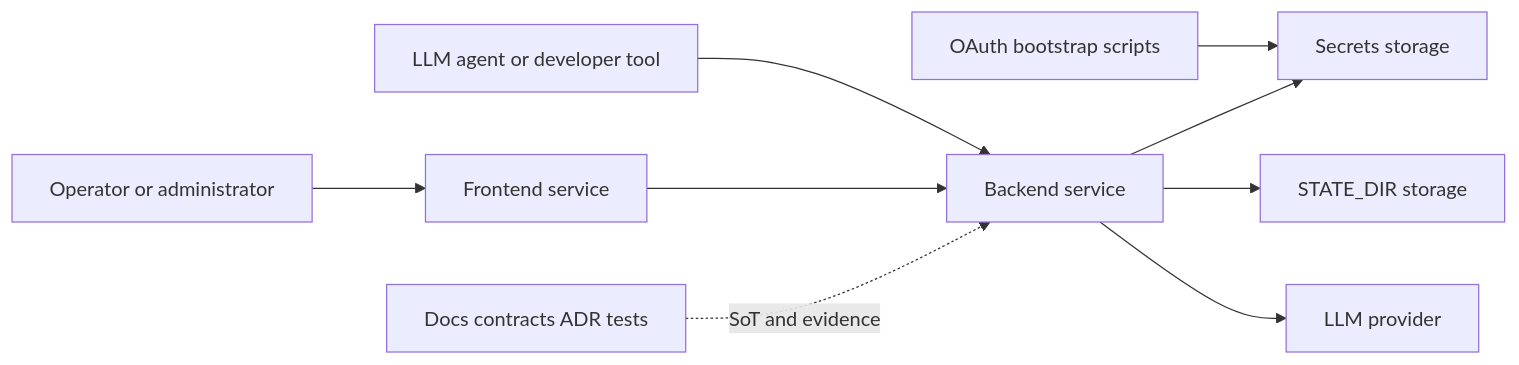
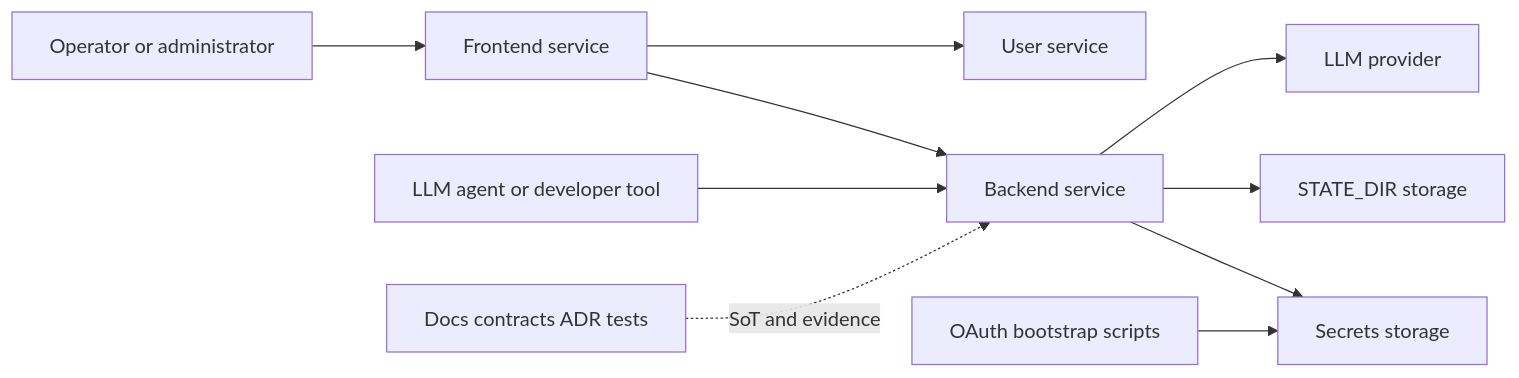
Before and after one commit to cyber-platform/llm_agent_platform: the diagram in docs/architecture/system-overview.md, drawn with Mermaid. The commit also changed other lines of this file and 9 other files, not shown here.

Commit message:
docs(user service): обновление документации с учетом user service

````diff
--- a/docs/architecture/system-overview.md
+++ b/docs/architecture/system-overview.md
@@ -38,11 +40,12 @@
 ```mermaid
 flowchart LR
   Human[Operator or administrator] --> Frontend[Frontend service]
   Machine[LLM agent or developer tool] --> Backend[Backend service]
   Frontend --> Backend
+  Frontend --> UserService[User service]
   OAuth[OAuth bootstrap scripts] --> Secrets[Secrets storage]
   Backend --> Secrets
   Backend --> State[STATE_DIR storage]
   Backend --> Provider[LLM provider]
   Docs[Docs contracts ADR tests] -. SoT and evidence .-> Backend
 ```
````
